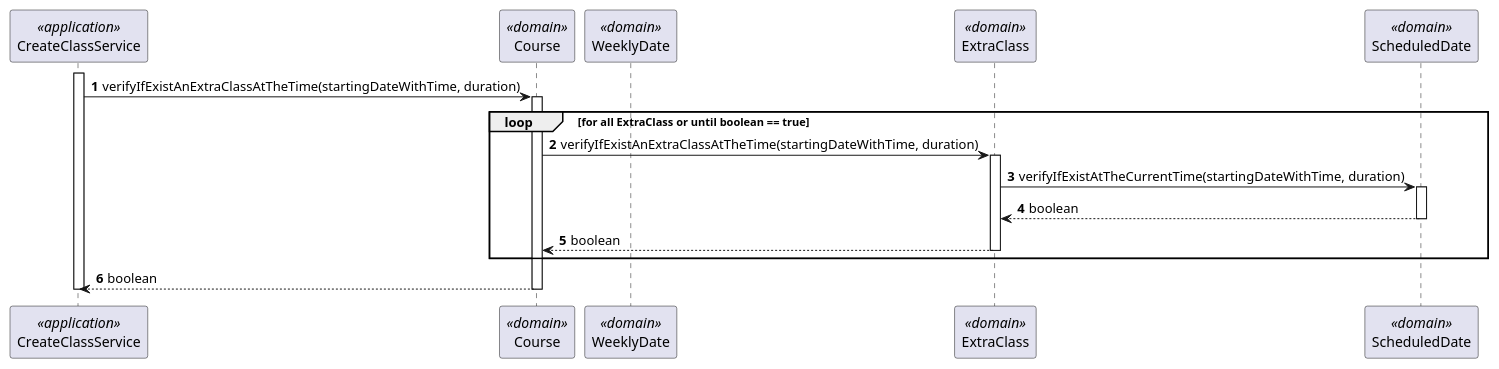
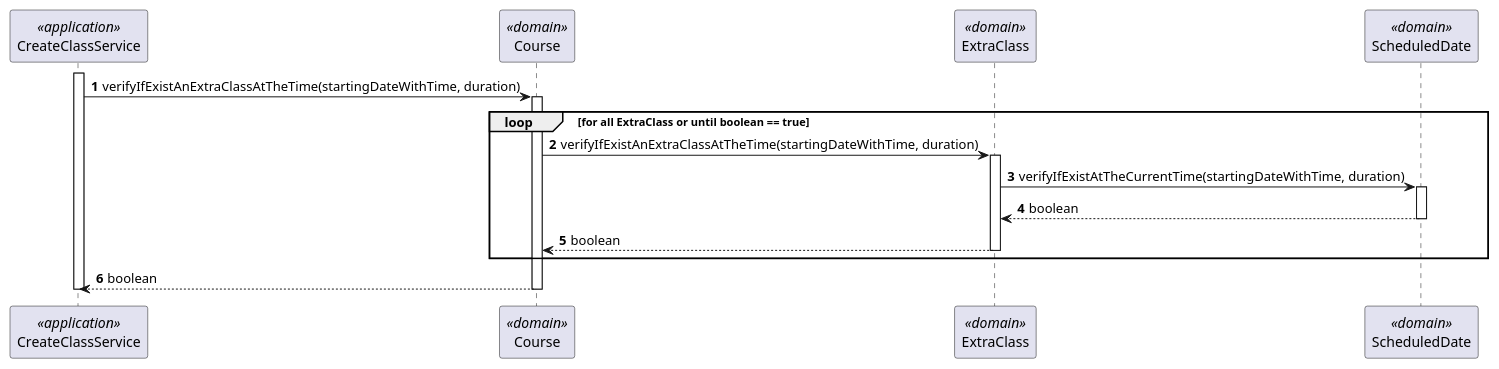
One commit to Marco-Nobrega-Andrade/sem4pi_22_23 changed the diagram in docs/Sprint_B/us_1010/SD_VerifyIfExistAnExtraClassAtTheTime.puml. Above: the diagram before and after it, drawn with PlantUML. The commit also changed 2 other files, not shown here.

```diff
--- a/docs/Sprint_B/us_1010/SD_VerifyIfExistAnExtraClassAtTheTime.puml
+++ b/docs/Sprint_B/us_1010/SD_VerifyIfExistAnExtraClassAtTheTime.puml
@@ -1,29 +1,28 @@
 @startuml
 'https://plantuml.com/sequence-diagram
 
 autonumber
 
 participant CreateClassService as service <<application>>
 participant Course as course <<domain>>
-participant WeeklyDate as weeklyDate <<domain>>
 participant ExtraClass as extraClass <<domain>>
 participant ScheduledDate as scheduleDate <<domain>>
 
 activate service
 service -> course: verifyIfExistAnExtraClassAtTheTime(startingDateWithTime, duration)
 activate course
 
 loop for all ExtraClass or until boolean == true
 course -> extraClass: verifyIfExistAnExtraClassAtTheTime(startingDateWithTime, duration)
 activate extraClass
 extraClass -> scheduleDate: verifyIfExistAtTheCurrentTime(startingDateWithTime, duration)
 activate scheduleDate
 scheduleDate --> extraClass: boolean
 deactivate scheduleDate
 extraClass -->course: boolean
 deactivate extraClass
 end
 course --> service: boolean
 deactivate course
 deactivate service
 @enduml
```
